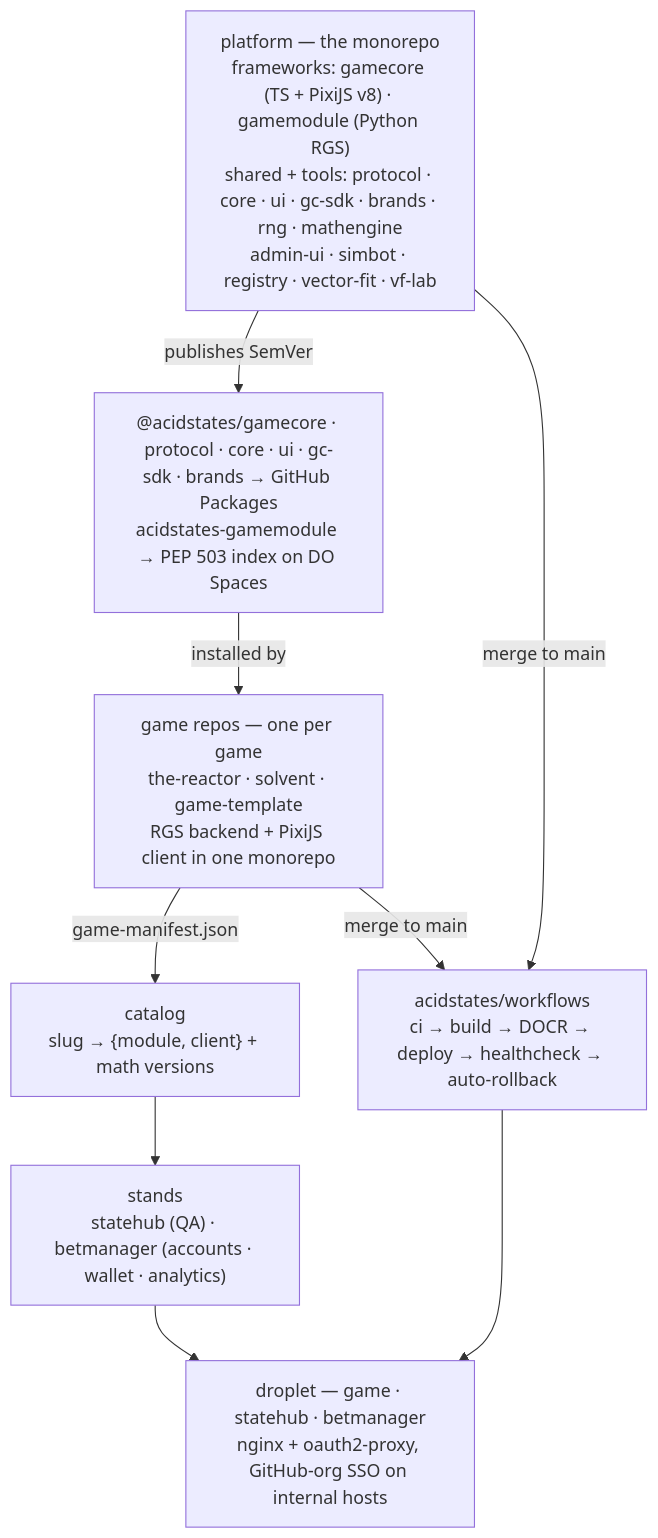
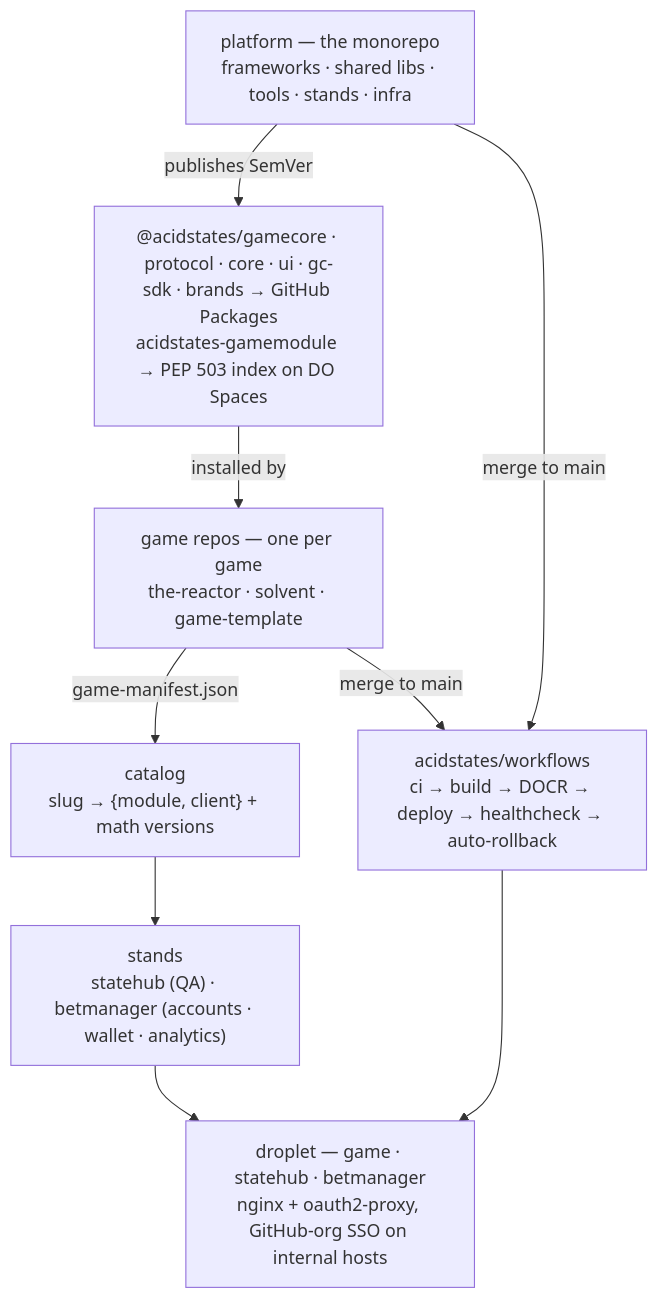
One commit to acidstates/.github changed the diagram in profile/README.md. Above: the diagram before and after it, drawn with Mermaid.

Commit message:
docs(profile): компактнее метки узлов диаграммы
Витрина организации не рисует диаграмму: «Unable to render rich display —
Could not find a suitable point for the given distance». Та же диаграмма
рендерится и на blob-странице, и на README репозитория — ломается только
рендер витрины.

Узлы объявлены отдельно от рёбер, метки укорочены с четырёх строк до двух.
Граф и подписи рёбер прежние: 7 узлов, 8 связей.

````diff
--- a/profile/README.md
+++ b/profile/README.md
@@ -21,12 +21,18 @@
 ```mermaid
 flowchart TD
-  PLAT["platform — the monorepo<br/>frameworks: gamecore (TS + PixiJS v8) · gamemodule (Python RGS)<br/>shared + tools: protocol · core · ui · gc-sdk · brands · rng · mathengine<br/>admin-ui · simbot · registry · vector-fit · vf-lab"]
-  PLAT -->|publishes SemVer| PKG["@acidstates/gamecore · protocol · core · ui · gc-sdk · brands → GitHub Packages<br/>acidstates-gamemodule → PEP 503 index on DO Spaces"]
-  PKG -->|installed by| GAMES["game repos — one per game<br/>the-reactor · solvent · game-template<br/>RGS backend + PixiJS client in one monorepo"]
-  GAMES -->|game-manifest.json| CAT["catalog<br/>slug → {module, client} + math versions"]
-  GAMES -->|merge to main| CI["acidstates/workflows<br/>ci → build → DOCR → deploy → healthcheck → auto-rollback"]
+  PLAT["platform — the monorepo<br/>frameworks · shared libs · tools · stands · infra"]
+  PKG["@acidstates/gamecore · protocol · core · ui · gc-sdk · brands → GitHub Packages<br/>acidstates-gamemodule → PEP 503 index on DO Spaces"]
+  GAMES["game repos — one per game<br/>the-reactor · solvent · game-template"]
+  CAT["catalog<br/>slug → {module, client} + math versions"]
+  CI["acidstates/workflows<br/>ci → build → DOCR → deploy → healthcheck → auto-rollback"]
+  STANDS["stands<br/>statehub (QA) · betmanager (accounts · wallet · analytics)"]
+  LIVE["droplet — game · statehub · betmanager<br/>nginx + oauth2-proxy, GitHub-org SSO on internal hosts"]
+  PLAT -->|publishes SemVer| PKG
+  PKG -->|installed by| GAMES
+  GAMES -->|game-manifest.json| CAT
+  GAMES -->|merge to main| CI
   PLAT -->|merge to main| CI
-  CAT --> STANDS["stands<br/>statehub (QA) · betmanager (accounts · wallet · analytics)"]
-  CI --> LIVE["droplet — game · statehub · betmanager<br/>nginx + oauth2-proxy, GitHub-org SSO on internal hosts"]
+  CAT --> STANDS
+  CI --> LIVE
   STANDS --> LIVE
 ```
````
